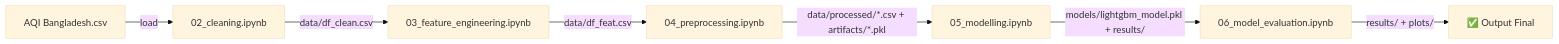
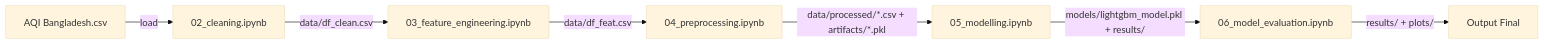
One commit to faizhuda/daming-kelompok-7 changed the first of 2 diagrams in README.md. Above: the diagram before and after it, drawn with Mermaid (base theme). The commit also changed other lines of this file and 2 other files, not shown here.

````diff
--- a/README.md
+++ b/README.md
@@ -156,9 +156,9 @@
 ```mermaid
 graph LR
     Raw["AQI Bangladesh.csv"] -->|load| N02["02_cleaning.ipynb"]
     N02 -->|data/df_clean.csv| N03["03_feature_engineering.ipynb"]
     N03 -->|data/df_feat.csv| N04["04_preprocessing.ipynb"]
     N04 -->|data/processed/*.csv + artifacts/*.pkl| N05["05_modelling.ipynb"]
     N05 -->|models/lightgbm_model.pkl + results/| N06["06_model_evaluation.ipynb"]
-    N06 -->|results/ + plots/| Done["✅ Output Final"]
+    N06 -->|results/ + plots/| Done["Output Final"]
 ```
````
